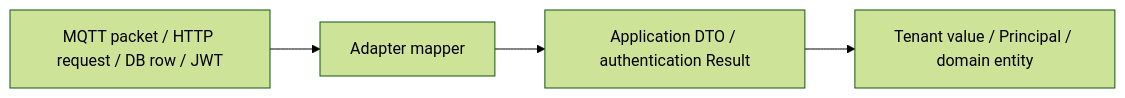
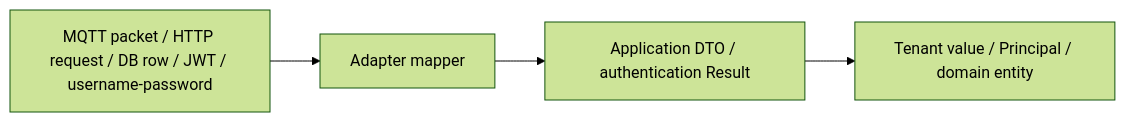
The second of 2 diagrams in docs/explainers/broker-core-boundaries.md (kayden-kim/narumq), drawn with Mermaid (forest theme) before and after one commit. The commit also changed other lines of this file and 43 other files, not shown here.

Commit message:
feat(auth): add MQTT password authentication

````diff
--- a/docs/explainers/broker-core-boundaries.md
+++ b/docs/explainers/broker-core-boundaries.md
@@ -97,6 +98,6 @@
 ```mermaid
 flowchart LR
-    W["MQTT packet / HTTP request / DB row / JWT"] --> M["Adapter mapper"]
+    W["MQTT packet / HTTP request / DB row / JWT / username-password"] --> M["Adapter mapper"]
     M --> X["Application DTO / authentication Result"]
     X --> V["Tenant value / Principal / domain entity"]
 ```
````
